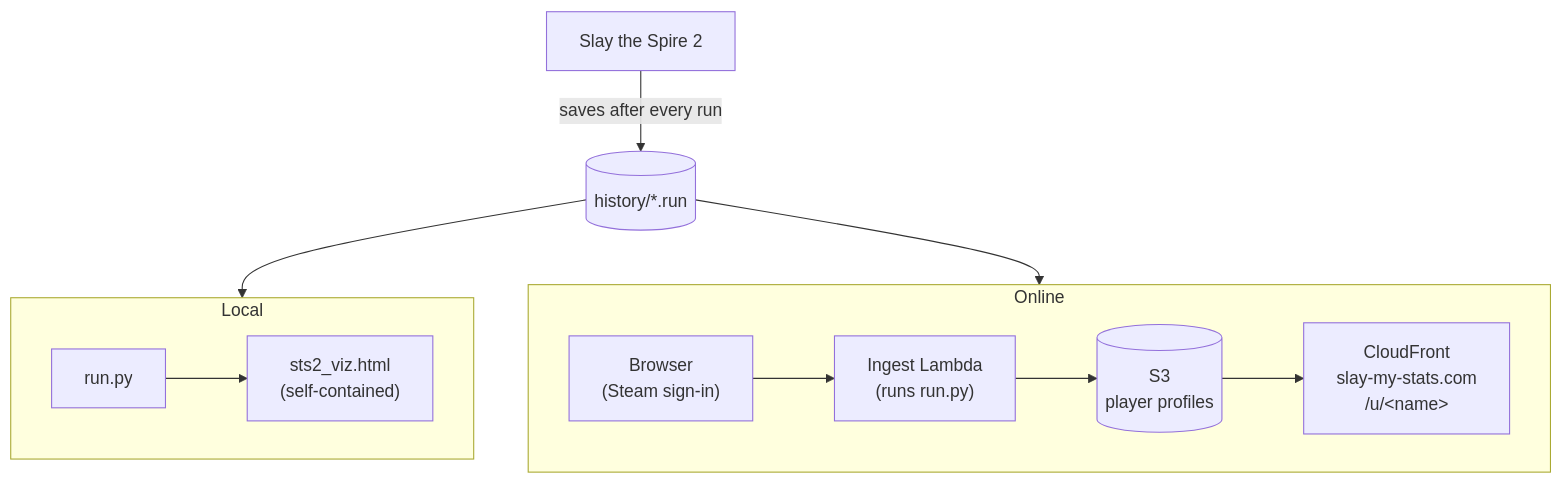
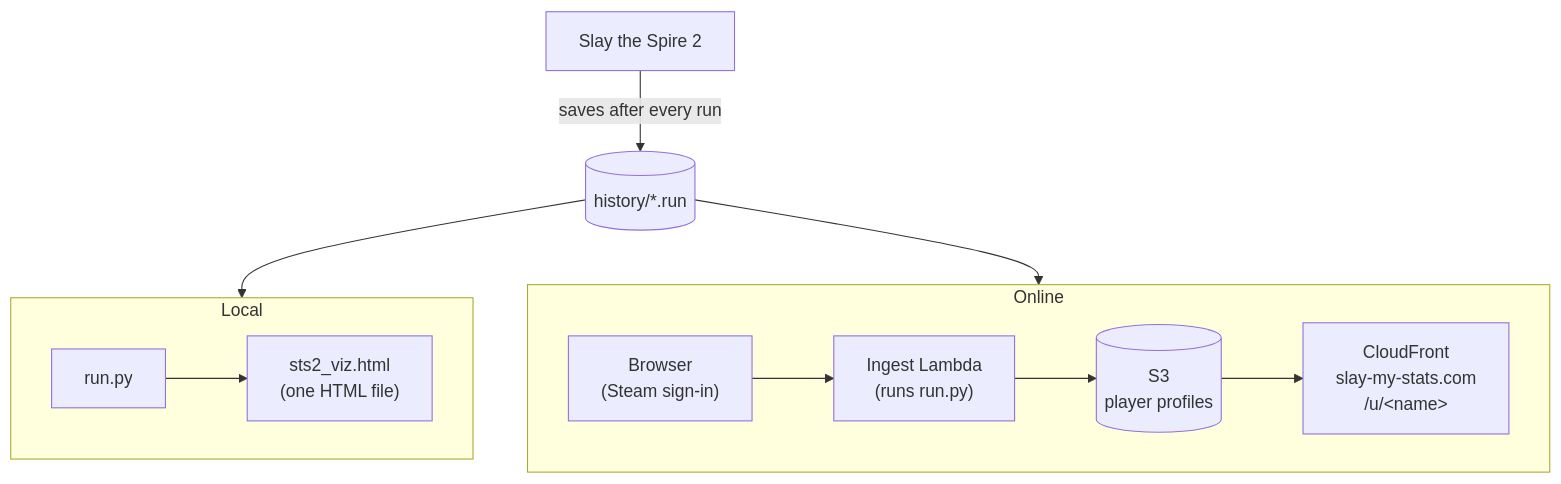
One commit to johnstonjesse329/slay-my-stats changed the first of 6 diagrams in README.md. Above: the diagram before and after it, drawn with Mermaid. The commit also changed other lines of this file, not shown here.

Commit message:
README: the local HTML file isn't self-contained (art is linked)

````diff
--- a/README.md
+++ b/README.md
@@ -102,19 +102,19 @@
 ```mermaid
 flowchart TB
     game["Slay the Spire 2"] -- "saves after every run" --> runs[("history/*.run")]
 
     subgraph local["Local"]
         direction LR
-        runpy["run.py"] --> html["sts2_viz.html<br/>(self-contained)"]
+        runpy["run.py"] --> html["sts2_viz.html<br/>(one HTML file)"]
     end
 
     subgraph online["Online"]
         direction LR
         upload["Browser<br/>(Steam sign-in)"] --> lambda["Ingest Lambda<br/>(runs run.py)"]
         lambda --> s3[("S3<br/>player profiles")]
         s3 --> cf["CloudFront<br/>slay-my-stats.com<br/>/u/#lt;name#gt;"]
     end
 
     runs --> local
     runs --> online
 ```
````
